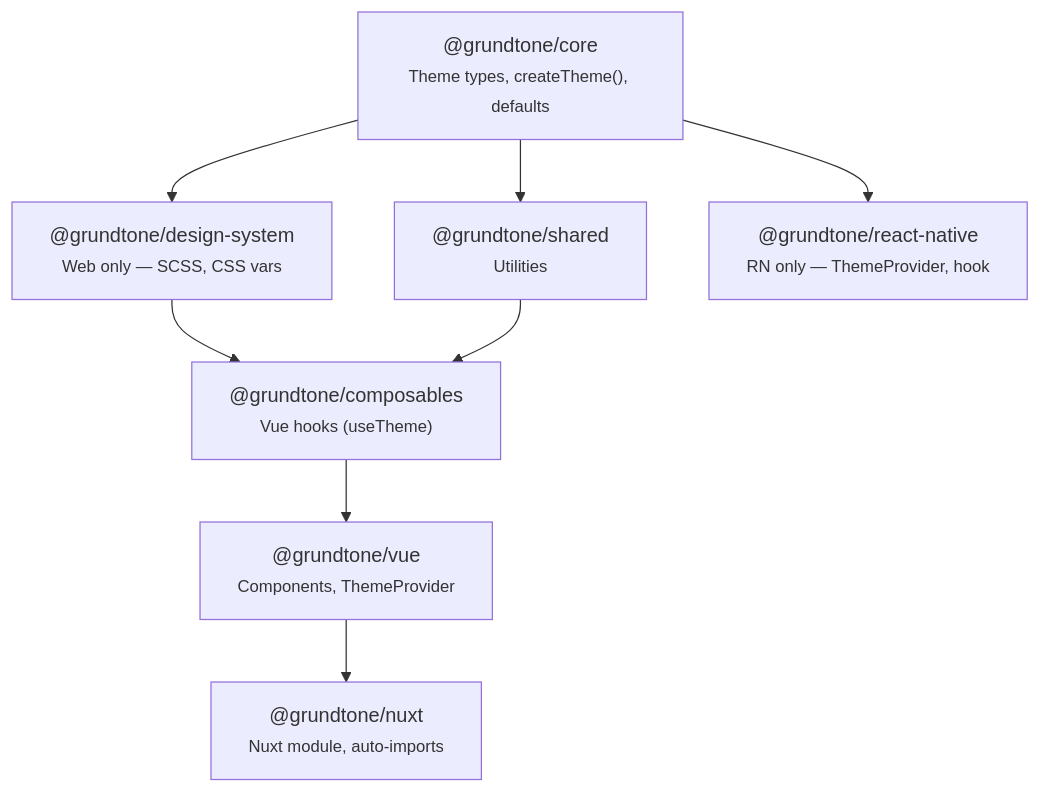
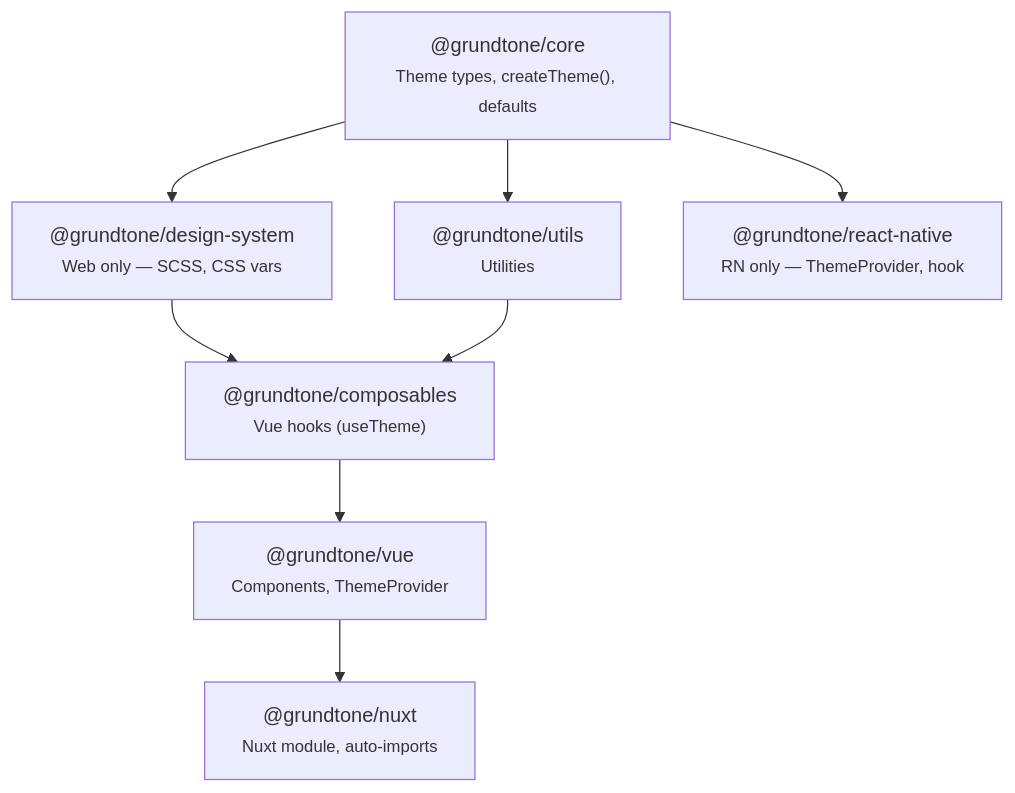
One commit to KlangHaus/grundtone changed the diagram in apps/docs/core/package-architecture.md. Above: the diagram before and after it, drawn with Mermaid. The commit also changed other lines of this file and 10 other files, not shown here.

Commit message:
docs: rename shared to utils across all docs and changelogs

````diff
--- a/apps/docs/core/package-architecture.md
+++ b/apps/docs/core/package-architecture.md
@@ -7,18 +7,18 @@
 ```mermaid
 graph TD
     core["@grundtone/core<br/><small>Theme types, createTheme(), defaults</small>"]
     tokens["@grundtone/design-system<br/><small>Web only — SCSS, CSS vars</small>"]
-    shared["@grundtone/shared<br/><small>Utilities</small>"]
+    shared["@grundtone/utils<br/><small>Utilities</small>"]
     rn["@grundtone/react-native<br/><small>RN only — ThemeProvider, hook</small>"]
     composables["@grundtone/composables<br/><small>Vue hooks (useTheme)</small>"]
     vue["@grundtone/vue<br/><small>Components, ThemeProvider</small>"]
     nuxt["@grundtone/nuxt<br/><small>Nuxt module, auto-imports</small>"]
 
     core --> tokens
     core --> shared
     core --> rn
     tokens --> composables
     shared --> composables
     composables --> vue
     vue --> nuxt
 ```
````
